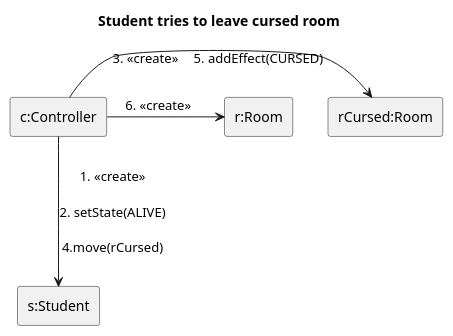
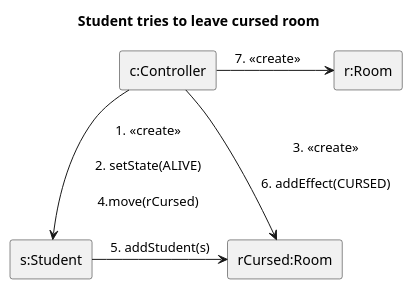
Before and after one commit to MBakter/echo: the diagram in docs/communication_diagrams/ri_student_leave_curse.plantuml, drawn with PlantUML. The commit also changed 8 other files, not shown here.

```diff
--- a/docs/communication_diagrams/ri_student_leave_curse.plantuml
+++ b/docs/communication_diagrams/ri_student_leave_curse.plantuml
@@ -1,11 +1,12 @@
 @startuml student_leave_curse
 title Student tries to leave cursed room
 skinparam linestyle ortho
 rectangle "c:Controller" as c
 rectangle "rCursed:Room" as r1
 rectangle "r:Room" as r2
 rectangle "s:Student" as s
 c --> s: 1. <<create>>\n\n2. setState(ALIVE)\n\n4.move(rCursed)
-c -> r1: 3. <<create>>\t5. addEffect(CURSED)
-c -> r2: 6. <<create>>\t
+c -> r1: 3. <<create>>\n\n6. addEffect(CURSED)
+c -> r2: 7. <<create>>\t
+s->r1: 5. addStudent(s)
 @enduml
```
